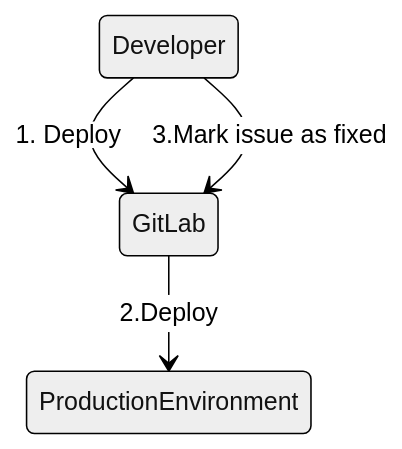
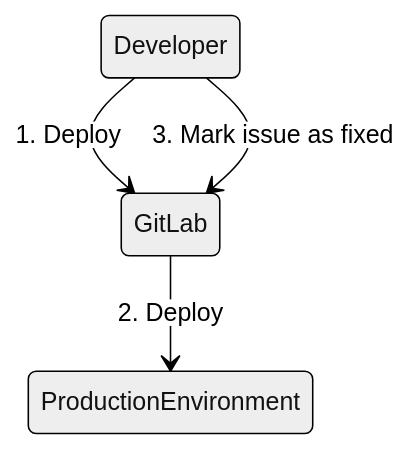
One commit to secretstartups/handbook changed the second of 7 diagrams in product/single-application/dataflow.html.md. Above: the diagram before and after it, drawn with Mermaid (neutral theme). The commit also changed other lines of this file, not shown here.

Commit message:
Fix typo and inconsistencies in product data flow

````diff
--- a/product/single-application/dataflow.html.md
+++ b/product/single-application/dataflow.html.md
@@ -37,6 +37,6 @@
 ```mermaid
 stateDiagram
   Developer --> GitLab:1. Deploy
- GitLab --> ProductionEnvironment:2.Deploy
- Developer --> GitLab:3.Mark issue as fixed
+ GitLab --> ProductionEnvironment:2. Deploy
+ Developer --> GitLab:3. Mark issue as fixed
 ```
````
